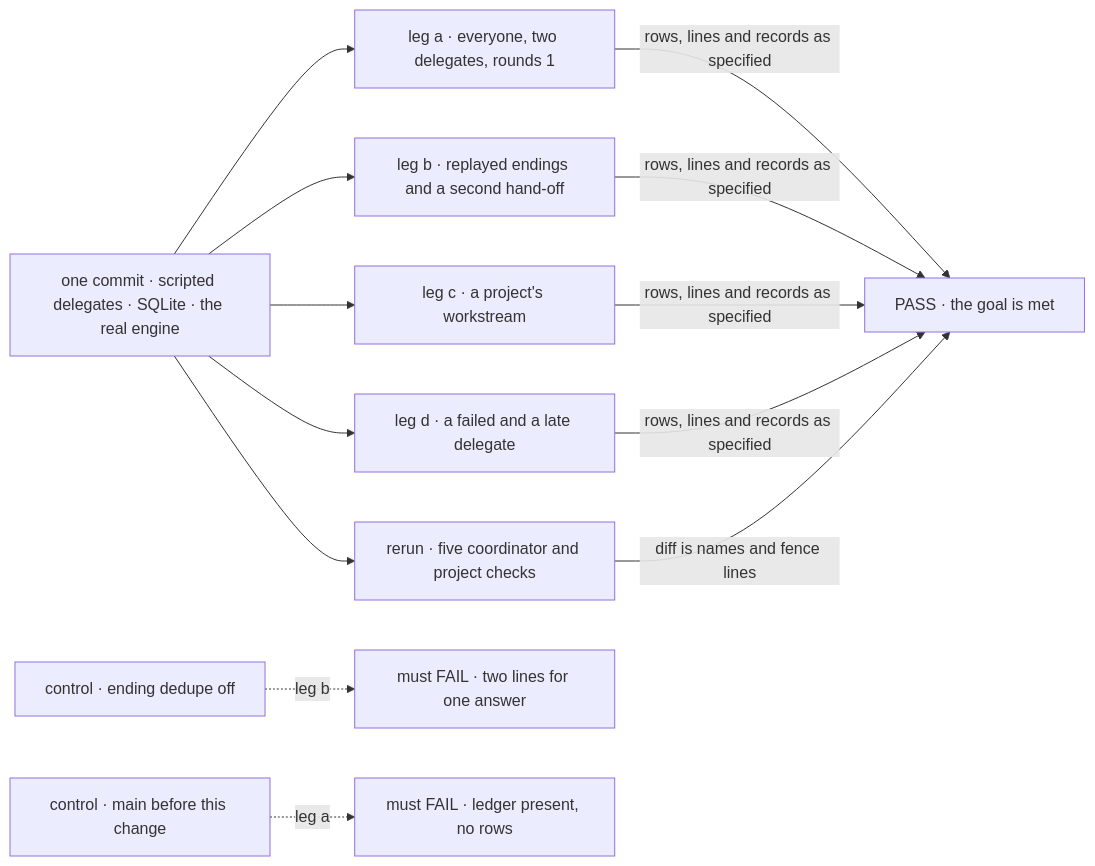
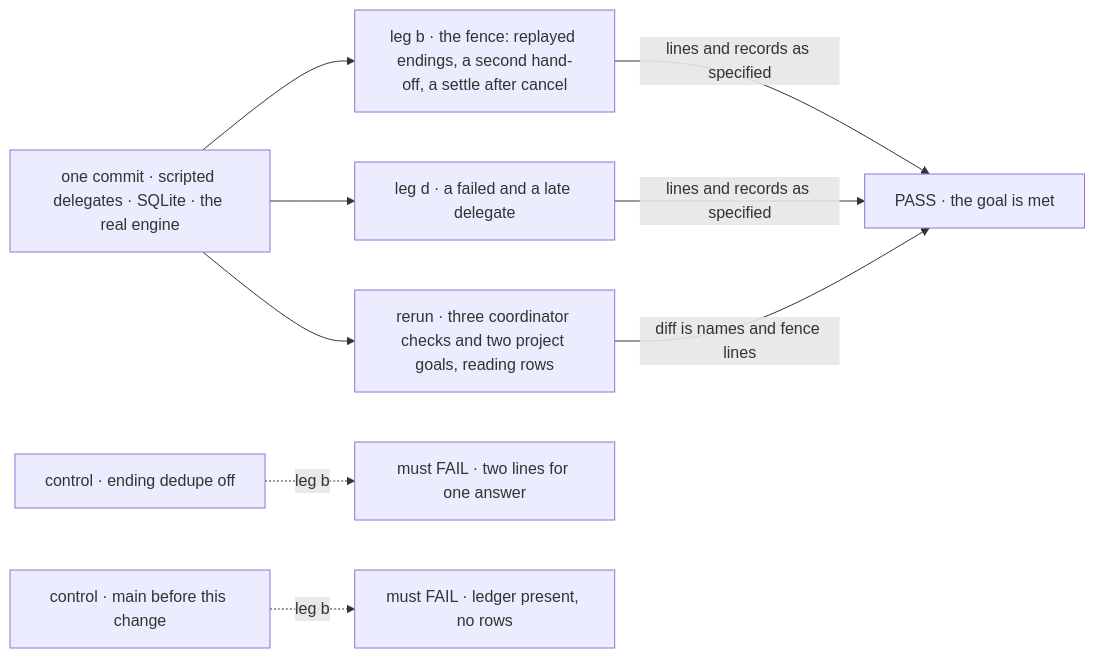
The first of 2 diagrams in specs/issues/FIX-1872/SPEC.md (fixpoint-labs/flow-state-dev), drawn with Mermaid before and after one commit. The commit also changed other lines of this file and 6 other files, not shown here.

Commit message:
spec(FIX-1872): restraint pass: cut row-cost bench and goal legs a/c, session resolved at filing, post: true marks the post form

````diff
--- a/specs/issues/FIX-1872/SPEC.md
+++ b/specs/issues/FIX-1872/SPEC.md
@@ -34,12 +34,10 @@
 ```mermaid
 flowchart LR
-  F["one commit · scripted delegates · SQLite · the real engine"] --> A["leg a · everyone, two delegates, rounds 1"]
-  F --> B["leg b · replayed endings and a second hand-off"]
-  F --> C["leg c · a project's workstream"]
+  F["one commit · scripted delegates · SQLite · the real engine"] --> B["leg b · the fence: replayed endings, a second hand-off, a settle after cancel"]
   F --> D["leg d · a failed and a late delegate"]
-  F --> R["rerun · five coordinator and project checks"]
-  A & B & C & D -->|"rows, lines and records as specified"| P["PASS · the goal is met"]
+  F --> R["rerun · three coordinator checks and two project goals, reading rows"]
+  B & D -->|"lines and records as specified"| P["PASS · the goal is met"]
   R -->|"diff is names and fence lines"| P
   X["control · ending dedupe off"] -.->|"leg b"| N["must FAIL · two lines for one answer"]
-  M["control · main before this change"] -.->|"leg a"| N2["must FAIL · ledger present, no rows"]
+  M["control · main before this change"] -.->|"leg b"| N2["must FAIL · ledger present, no rows"]
 ```
````
